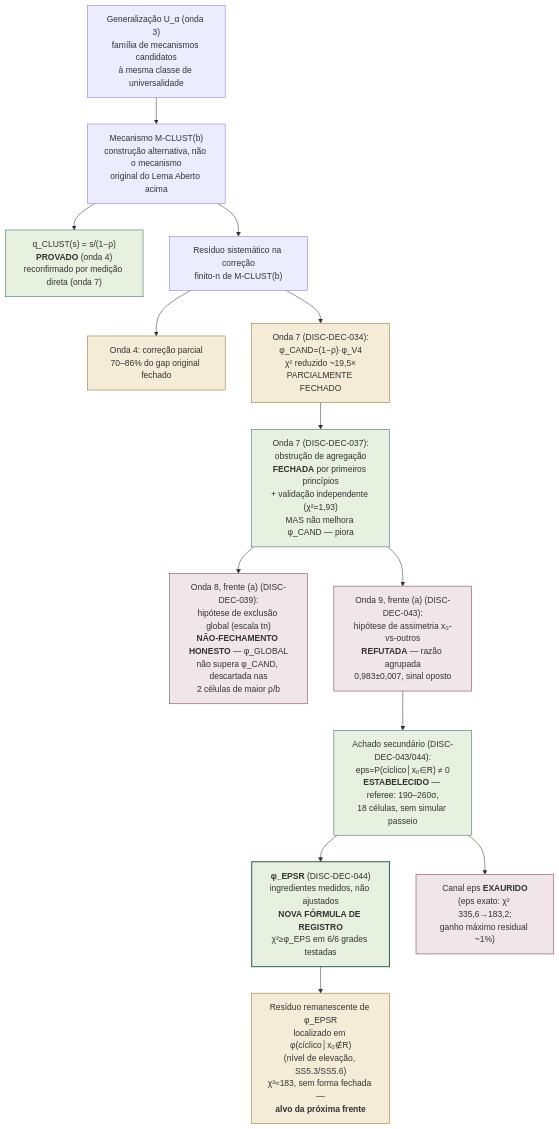
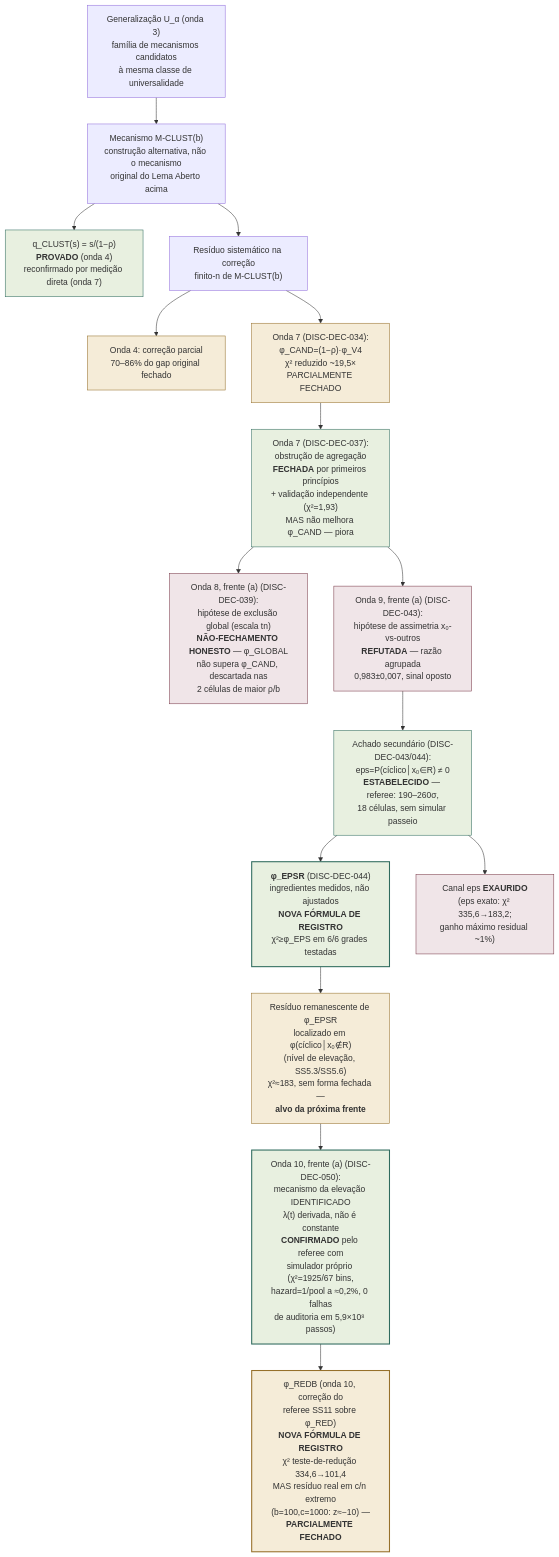
One commit to dougdotcon/TamesisTheoryCompleteResearchArchive changed the second of 2 diagrams in 05_DISCOVERY_LAB/02_TESTS/CORE_NUMERICS/u12_universality/PROOF_DEPENDENCY_MAP.md. Above: the diagram before and after it, drawn with Mermaid. The commit also changed other lines of this file and 232 other files, not shown here.

````diff
--- a/05_DISCOVERY_LAB/02_TESTS/CORE_NUMERICS/u12_universality/PROOF_DEPENDENCY_MAP.md
+++ b/05_DISCOVERY_LAB/02_TESTS/CORE_NUMERICS/u12_universality/PROOF_DEPENDENCY_MAP.md
@@ -138,50 +138,58 @@
 ```mermaid
 flowchart TD
     UA["Generalização U_α (onda 3)<br/>família de mecanismos candidatos<br/>à mesma classe de universalidade"]
 
     MC["Mecanismo M-CLUST(b)<br/>construção alternativa, não o mecanismo<br/>original do Lema Aberto acima"]
 
     QC["q_CLUST(s) = s/(1−ρ)<br/><b>PROVADO</b> (onda 4)<br/>reconfirmado por medição direta (onda 7)"]
 
     RES["Resíduo sistemático na correção<br/>finito-n de M-CLUST(b)"]
 
     E1["Onda 4: correção parcial<br/>70–86% do gap original fechado"]
     E2["Onda 7 (DISC-DEC-034):<br/>φ_CAND=(1−ρ)·φ_V4<br/>χ² reduzido ~19,5×<br/>PARCIALMENTE FECHADO"]
     AGG["Onda 7 (DISC-DEC-037):<br/>obstrução de agregação<br/><b>FECHADA</b> por primeiros princípios<br/>+ validação independente (χ²=1,93)<br/>MAS não melhora φ_CAND — piora"]
 
     W8a["Onda 8, frente (a) (DISC-DEC-039):<br/>hipótese de exclusão global (escala tn)<br/><b>NÃO-FECHAMENTO HONESTO</b> — φ_GLOBAL<br/>não supera φ_CAND, descartada nas<br/>2 células de maior ρ/b"]
 
     W9a["Onda 9, frente (a) (DISC-DEC-043):<br/>hipótese de assimetria x₀-vs-outros<br/><b>REFUTADA</b> — razão agrupada<br/>0,983±0,007, sinal oposto"]
 
     EPS["Achado secundário (DISC-DEC-043/044):<br/>eps=P(cíclico│x₀∈R) ≠ 0<br/><b>ESTABELECIDO</b> — referee: 190–260σ,<br/>18 células, sem simular passeio"]
 
     EPSR["<b>φ_EPSR</b> (DISC-DEC-044)<br/>ingredientes medidos, não ajustados<br/><b>NOVA FÓRMULA DE REGISTRO</b><br/>χ²≥φ_EPS em 6/6 grades testadas"]
 
     EXH["Canal eps <b>EXAURIDO</b><br/>(eps exato: χ² 335,6→183,2;<br/>ganho máximo residual ~1%)"]
 
     ELEV["Resíduo remanescente de φ_EPSR<br/>localizado em φ(cíclico│x₀∉R)<br/>(nível de elevação, SS5.3/SS5.6)<br/>χ²≈183, sem forma fechada —<br/><b>alvo da próxima frente</b>"]
 
+    ELEVMECH["Onda 10, frente (a) (DISC-DEC-050):<br/>mecanismo da elevação IDENTIFICADO<br/>λ(t) derivada, não é constante<br/><b>CONFIRMADO</b> pelo referee com<br/>simulador próprio (χ²=1925/67 bins,<br/>hazard=1/pool a ≈0,2%, 0 falhas<br/>de auditoria em 5,9×10⁸ passos)"]
+
+    REDB["φ_REDB (onda 10, correção do<br/>referee SS11 sobre φ_RED)<br/><b>NOVA FÓRMULA DE REGISTRO</b><br/>χ² teste-de-redução 334,6→101,4<br/>MAS resíduo real em c/n extremo<br/>(b=100,c=1000: z≈−10) —<br/><b>PARCIALMENTE FECHADO</b>"]
+
     UA --> MC
     MC --> QC
     MC --> RES
     RES --> E1
     RES --> E2
     E2 --> AGG
     AGG --> W8a
     AGG --> W9a
     W9a --> EPS
     EPS --> EPSR
     EPS --> EXH
     EPSR --> ELEV
+    ELEV --> ELEVMECH
+    ELEVMECH --> REDB
 
     style QC fill:#e8f0e0,stroke:#2f6b5e
     style E1 fill:#f5ecd8,stroke:#96702a
     style E2 fill:#f5ecd8,stroke:#96702a
     style AGG fill:#e8f0e0,stroke:#2f6b5e
     style W8a fill:#f0e5e8,stroke:#7a3b4a
     style W9a fill:#f0e5e8,stroke:#7a3b4a
     style EPS fill:#e8f0e0,stroke:#2f6b5e
     style EPSR fill:#e8f0e0,stroke:#2f6b5e,stroke-width:2px
     style EXH fill:#f0e5e8,stroke:#7a3b4a
     style ELEV fill:#f5ecd8,stroke:#96702a
+    style ELEVMECH fill:#e8f0e0,stroke:#2f6b5e,stroke-width:2px
+    style REDB fill:#f5ecd8,stroke:#96702a,stroke-width:2px
 ```
````
